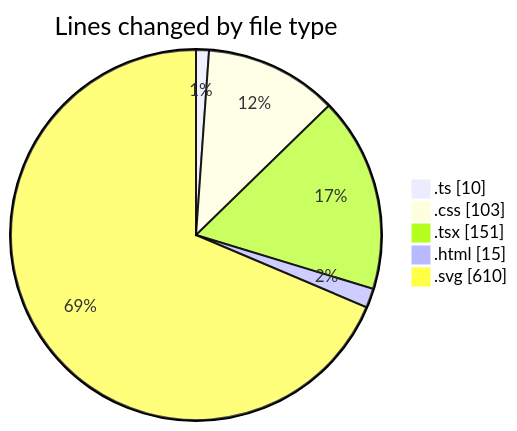
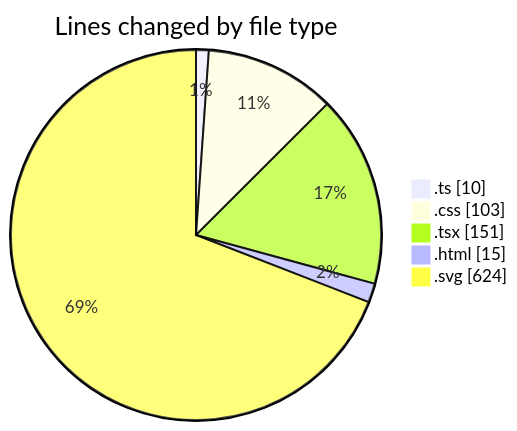
The first of 2 diagrams in 2025-07-31/tw-server/README.md (EIIisD/code-tracking), drawn with Mermaid before and after one commit. The commit also changed other lines of this file and 1 other file, not shown here.

````diff
--- a/2025-07-31/tw-server/README.md
+++ b/2025-07-31/tw-server/README.md
@@ -30,9 +30,9 @@
 ```mermaid
 pie showData
 title Lines changed by file type
 ".ts" : 10
 ".css" : 103
 ".tsx" : 151
 ".html" : 15
-".svg" : 610
+".svg" : 624
 ```
````
